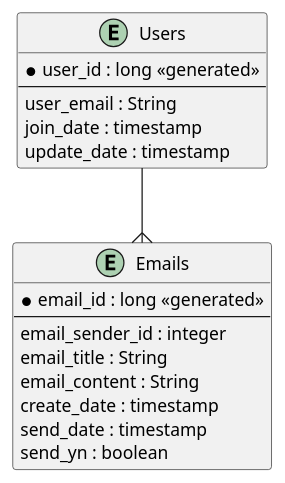
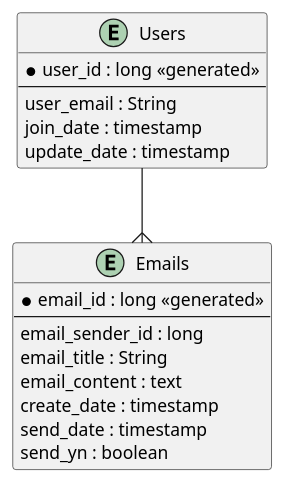
The diagram in entity.puml (serin9811/snail-email), drawn with PlantUML before and after one commit. The commit also changed 2 other files, not shown here.

```diff
--- a/entity.puml
+++ b/entity.puml
@@ -1,22 +1,22 @@
 @startuml
 entity "Users" as e01 {
   *user_id : long <<generated>>
   --
   user_email : String
   join_date : timestamp
   update_date : timestamp
 }
 
 entity "Emails" as e02 {
   *email_id : long <<generated>>
   --
-  email_sender_id : integer
+  email_sender_id : long
   email_title : String
-  email_content : String
+  email_content : text
   create_date : timestamp
   send_date : timestamp
   send_yn : boolean
 }
 
 e01 --{ e02
 @enduml
```
